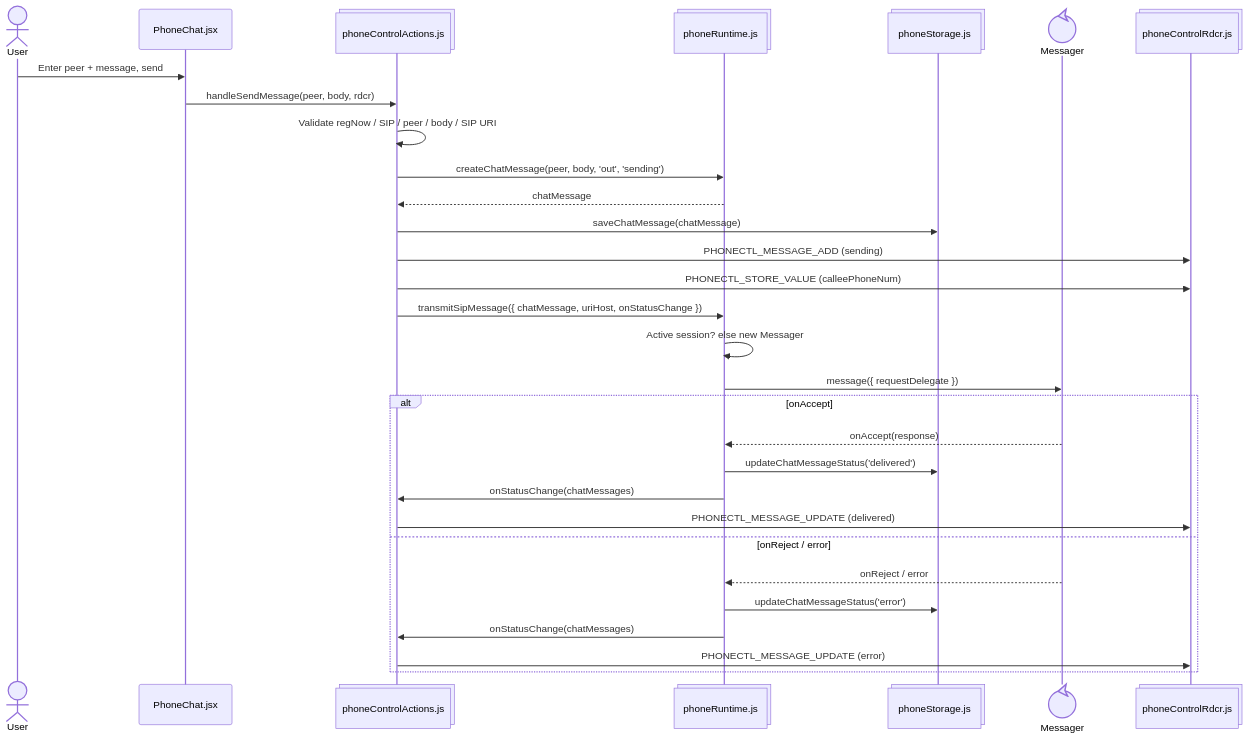
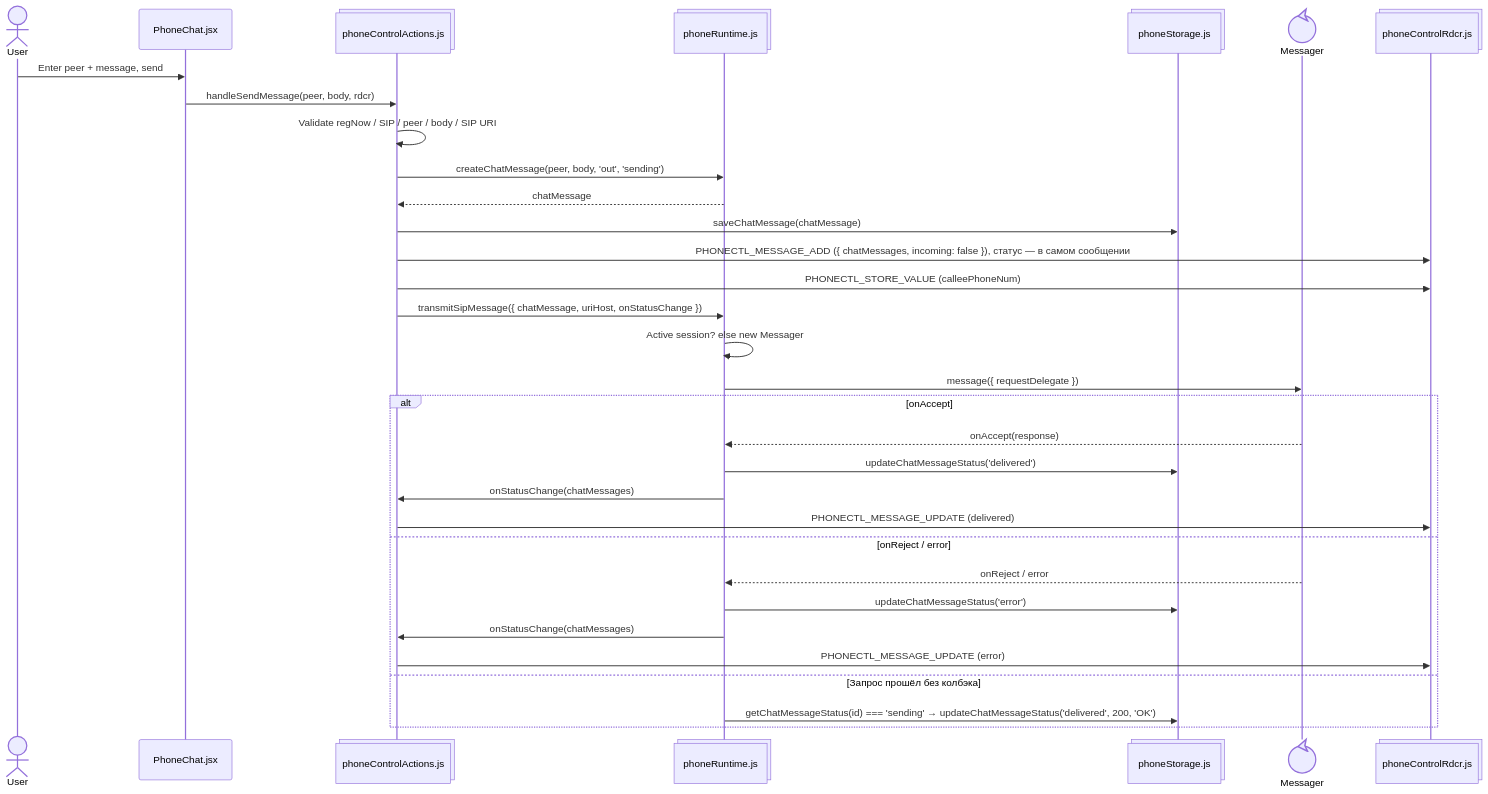
The eighth of 9 diagrams in docs/STATE.md (ars-anosov/sipjs-react), drawn with Mermaid before and after one commit. The commit also changed other lines of this file and 13 other files, not shown here.

````diff
--- a/docs/STATE.md
+++ b/docs/STATE.md
@@ -290,33 +317,35 @@
 ```mermaid
 sequenceDiagram
   actor User
   participant PhoneChat@{ "type" : "participant", "alias": "PhoneChat.jsx" }
   participant Action@{ "type" : "collections", "alias": "phoneControlActions.js" }
   participant Runtime@{ "type" : "collections", "alias": "phoneRuntime.js" }
   participant Storage@{ "type" : "collections", "alias": "phoneStorage.js" }
   participant Messager@{ "type" : "control" }
   participant Dispatch@{ "type" : "collections", "alias": "phoneControlRdcr.js" }
 
   User->>PhoneChat: Enter peer + message, send
   PhoneChat->>Action: handleSendMessage(peer, body, rdcr)
   Action->>Action: Validate regNow / SIP / peer / body / SIP URI
   Action->>Runtime: createChatMessage(peer, body, 'out', 'sending')
   Runtime-->>Action: chatMessage
   Action->>Storage: saveChatMessage(chatMessage)
-  Action->>Dispatch: PHONECTL_MESSAGE_ADD (sending)
+  Action->>Dispatch: PHONECTL_MESSAGE_ADD ({ chatMessages, incoming: false }), статус — в самом сообщении
   Action->>Dispatch: PHONECTL_STORE_VALUE (calleePhoneNum)
   Action->>Runtime: transmitSipMessage({ chatMessage, uriHost, onStatusChange })
   Runtime->>Runtime: Active session? else new Messager
   Runtime->>Messager: message({ requestDelegate })
   alt onAccept
     Messager-->>Runtime: onAccept(response)
     Runtime->>Storage: updateChatMessageStatus('delivered')
     Runtime->>Action: onStatusChange(chatMessages)
     Action->>Dispatch: PHONECTL_MESSAGE_UPDATE (delivered)
   else onReject / error
     Messager-->>Runtime: onReject / error
     Runtime->>Storage: updateChatMessageStatus('error')
     Runtime->>Action: onStatusChange(chatMessages)
     Action->>Dispatch: PHONECTL_MESSAGE_UPDATE (error)
+  else Запрос прошёл без колбэка
+    Runtime->>Storage: getChatMessageStatus(id) === 'sending' → updateChatMessageStatus('delivered', 200, 'OK')
   end
 ```
````
